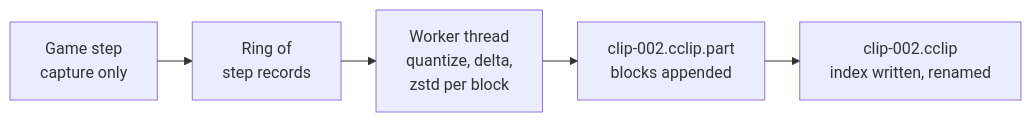
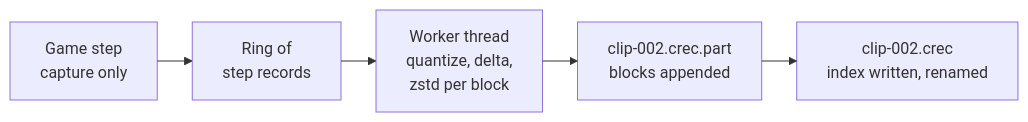
One commit to Ryubara/coney changed the diagram in docs/guides/director/recording.md. Above: the diagram before and after it, drawn with Mermaid. The commit also changed other lines of this file, not shown here.

First line of the commit message:
docs: Name Director's clip files .crec, apart from imported clips

````diff
--- a/docs/guides/director/recording.md
+++ b/docs/guides/director/recording.md
@@ -179,11 +179,11 @@
 ```mermaid
 ---
 config:
   layout: elk
 ---
 flowchart LR
   step["Game step<br/>capture only"] --> ring["Ring of<br/>step records"]
   ring --> worker["Worker thread<br/>quantize, delta,<br/>zstd per block"]
-  worker --> part["clip-002.cclip.part<br/>blocks appended"]
-  part --> done["clip-002.cclip<br/>index written, renamed"]
+  worker --> part["clip-002.crec.part<br/>blocks appended"]
+  part --> done["clip-002.crec<br/>index written, renamed"]
 ```
````
